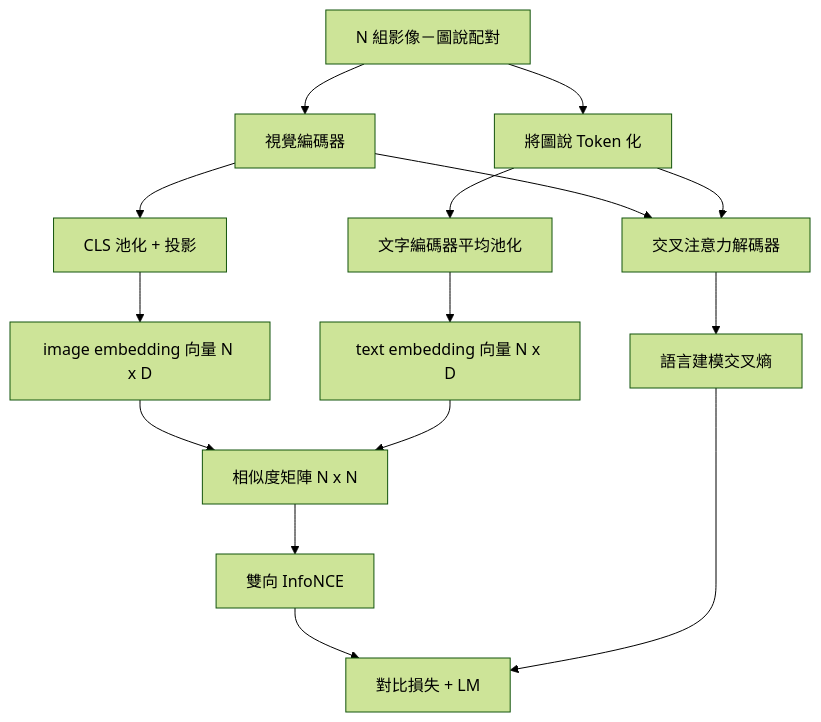
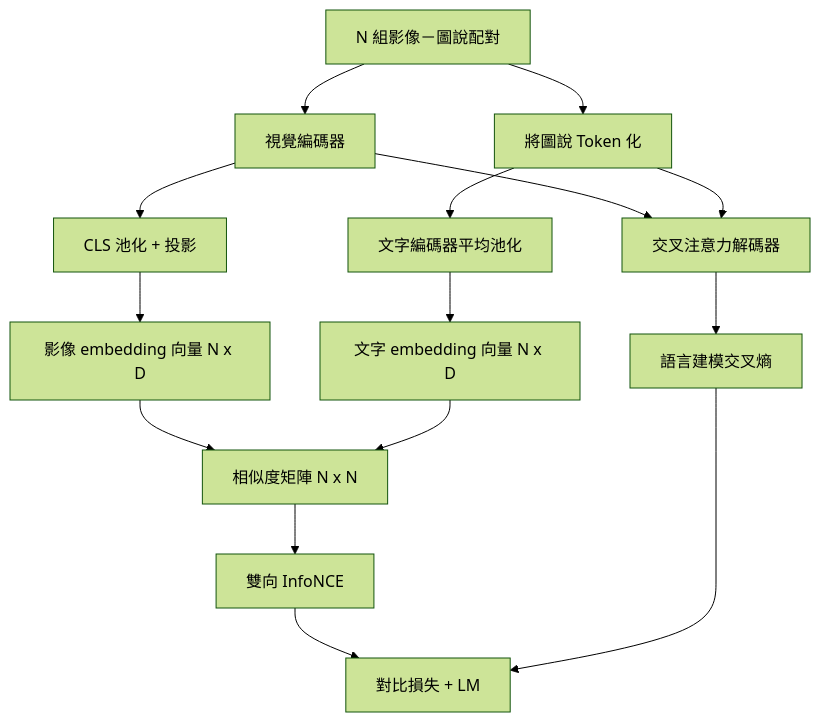
Before and after one commit to edward821220/ai-engineering-from-scratch: the diagram in i18n/zh-TW/phases/19-capstone-projects/62-vision-language-pretraining/docs/zh-TW.md, drawn with Mermaid (forest theme). The commit also changed other lines of this file and 78 other files, not shown here.

````diff
--- a/i18n/zh-TW/phases/19-capstone-projects/62-vision-language-pretraining/docs/zh-TW.md
+++ b/i18n/zh-TW/phases/19-capstone-projects/62-vision-language-pretraining/docs/zh-TW.md
@@ -25,17 +25,17 @@
 ```mermaid
 flowchart TB
   Batch[N 組影像－圖說配對] --> Enc[視覺編碼器]
   Batch --> Tok[將圖說 Token 化]
   Enc --> Pool[CLS 池化 + 投影]
   Tok --> TxtEnc[文字編碼器平均池化]
-  Pool --> ImgEmb[image embedding 向量 N x D]
-  TxtEnc --> TxtEmb[text embedding 向量 N x D]
+  Pool --> ImgEmb[影像 embedding 向量 N x D]
+  TxtEnc --> TxtEmb[文字 embedding 向量 N x D]
   ImgEmb --> Sim[相似度矩陣 N x N]
   TxtEmb --> Sim
   Sim --> CL[雙向 InfoNCE]
   Enc --> Dec[交叉注意力解碼器]
   Tok --> Dec
   Dec --> LM[語言建模交叉熵]
   CL --> Total[對比損失 + LM]
   LM --> Total
 ```
````
